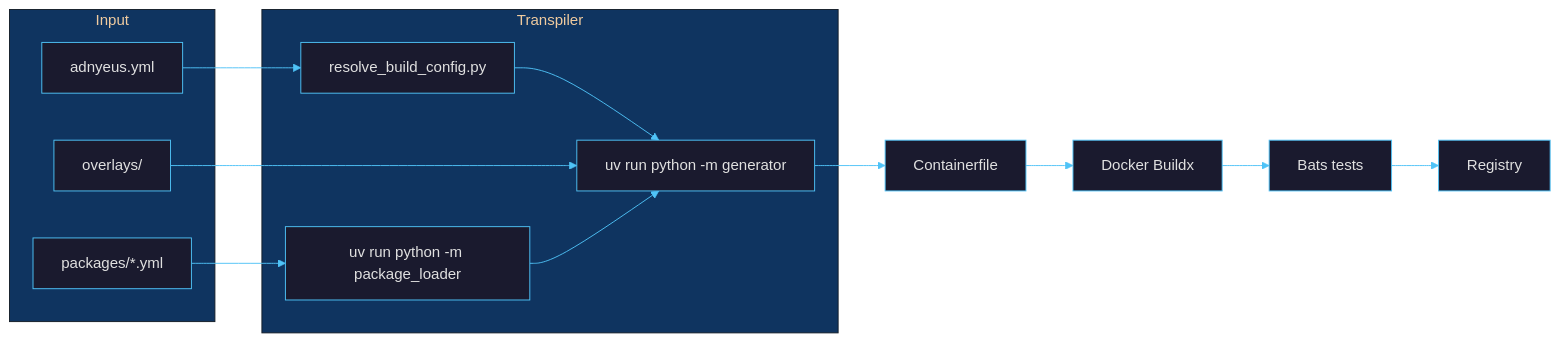
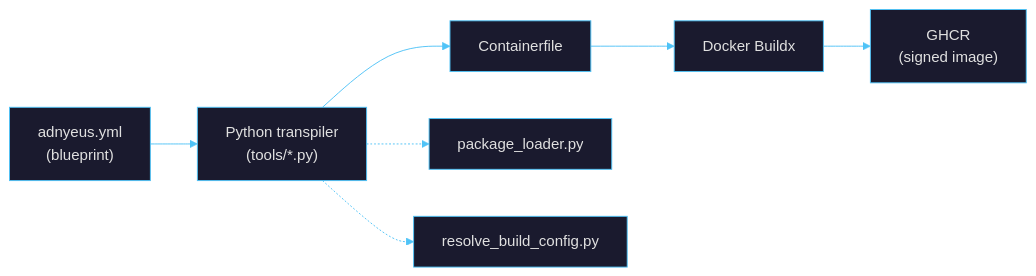
One commit to borninthedark/exousia changed the first of 2 diagrams in README.md. Above: the diagram before and after it, drawn with Mermaid. The commit also changed other lines of this file and 11 other files, not shown here.

Commit message:
chore: remove flower references, update README spacing, and add Bibata credit

````diff
--- a/README.md
+++ b/README.md
@@ -100,21 +57,10 @@
 ```mermaid
 %%{init: {'theme': 'base', 'themeVariables': {'primaryColor': '#1a1a2e', 'primaryTextColor': '#e0e0e0', 'primaryBorderColor': '#4fc3f7', 'lineColor': '#4fc3f7', 'secondaryColor': '#16213e', 'tertiaryColor': '#0f3460', 'edgeLabelBackground': '#1a1a2e'}}}%%
 graph LR
-    subgraph Input
-        A["adnyeus.yml"]
-        O["overlays/"]
-        P["packages/*.yml"]
-    end
-    subgraph Transpiler
-        G["resolve_build_config.py"]
-        F["uv run python -m package_loader"]
-        B["uv run python -m generator"]
-    end
-    A --> G --> B
-    O --> B
-    P --> F --> B
+    A["adnyeus.yml<br/>(blueprint)"] --> B["Python transpiler<br/>(tools/*.py)"]
     B --> C["Containerfile"]
     C --> D["Docker Buildx"]
-    D --> T["Bats tests"]
-    T --> E["Registry"]
+    D --> E["GHCR<br/>(signed image)"]
+    B -.-> F["package_loader.py"]
+    B -.-> G["resolve_build_config.py"]
 ```
````
